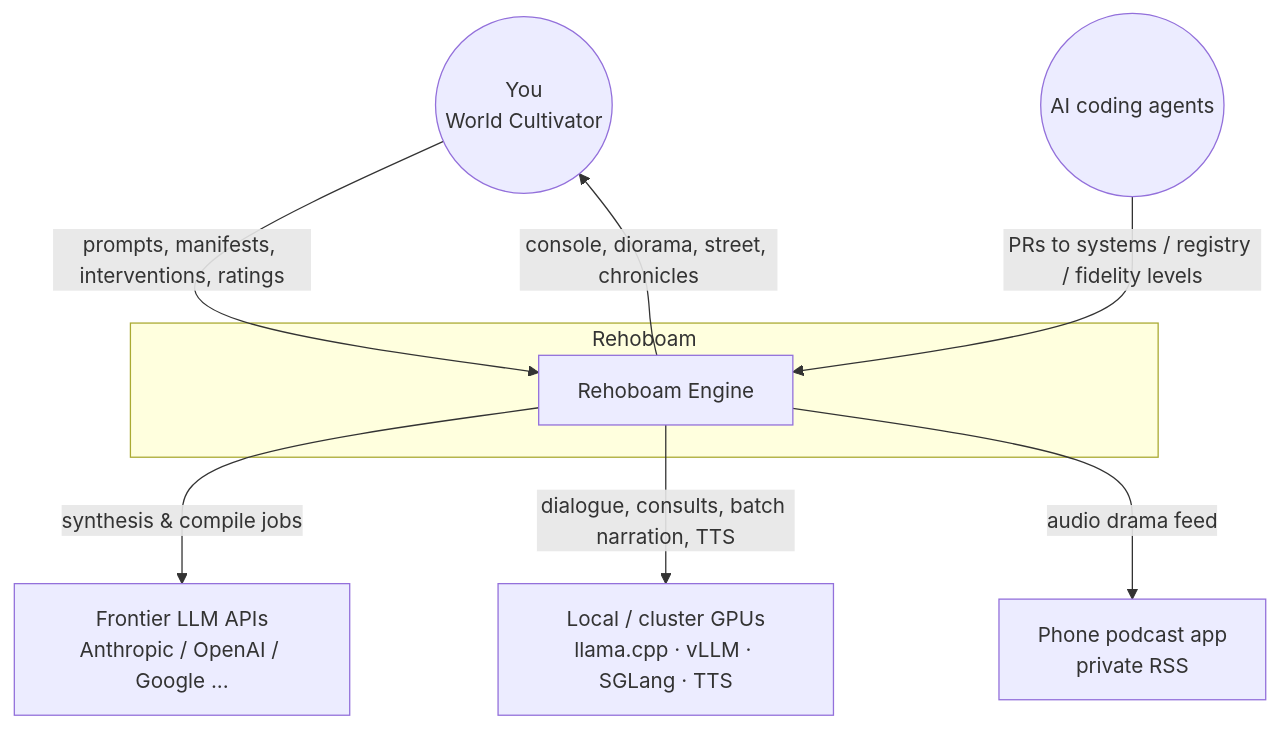
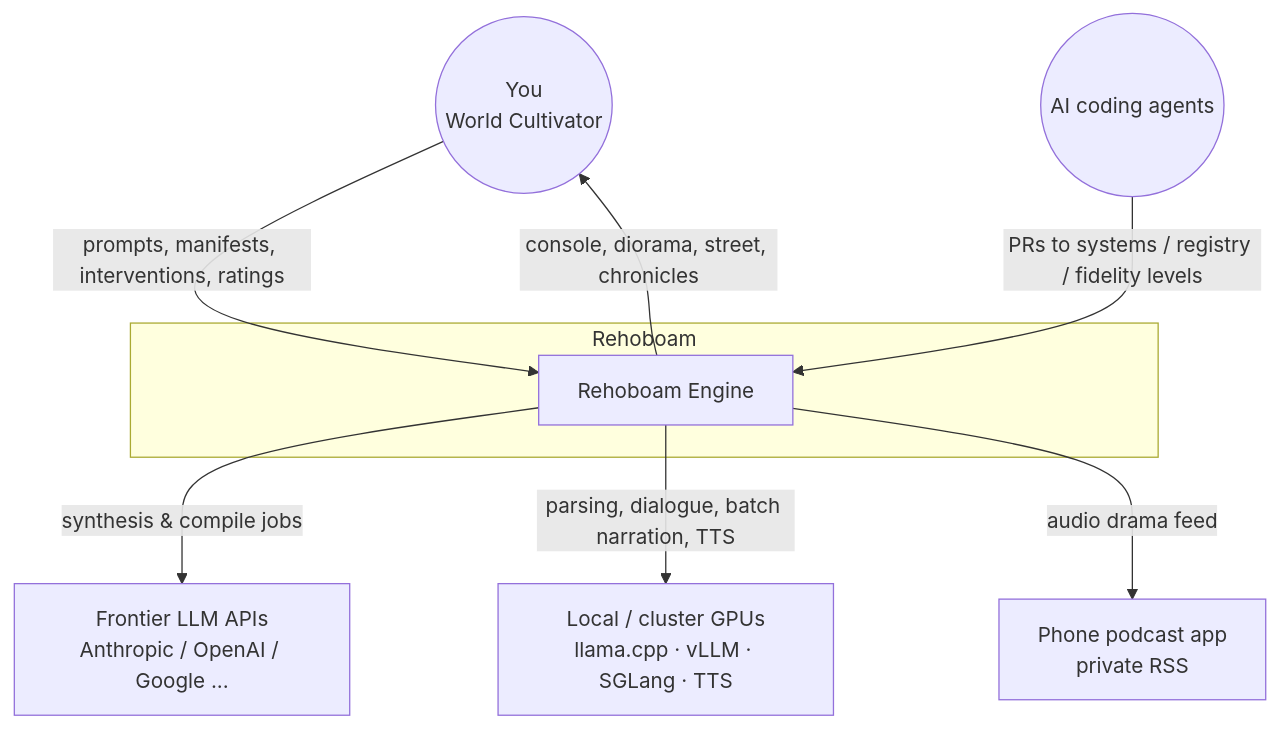
The first of 3 diagrams in docs/05_architecture/05.0_overview.md (BigRigVibeCoder/Rehoboam), drawn with Mermaid before and after one commit. The commit also changed 34 other files, not shown here.

````diff
--- a/docs/05_architecture/05.0_overview.md
+++ b/docs/05_architecture/05.0_overview.md
@@ -48,17 +48,17 @@
 ```mermaid
 flowchart TB
     you((You<br/>World Cultivator))
     agents((AI coding agents))
     subgraph Rehoboam
       core[Rehoboam Engine]
     end
     llmapi[Frontier LLM APIs<br/>Anthropic / OpenAI / Google ...]
     gpu[Local / cluster GPUs<br/>llama.cpp · vLLM · SGLang · TTS]
     phone[Phone podcast app<br/>private RSS]
     you -- prompts, manifests, interventions, ratings --> core
     core -- console, diorama, street, chronicles --> you
     agents -- PRs to systems / registry / fidelity levels --> core
     core -- synthesis & compile jobs --> llmapi
-    core -- dialogue, consults, batch narration, TTS --> gpu
+    core -- parsing, dialogue, batch narration, TTS --> gpu
     core -- audio drama feed --> phone
 ```
````
